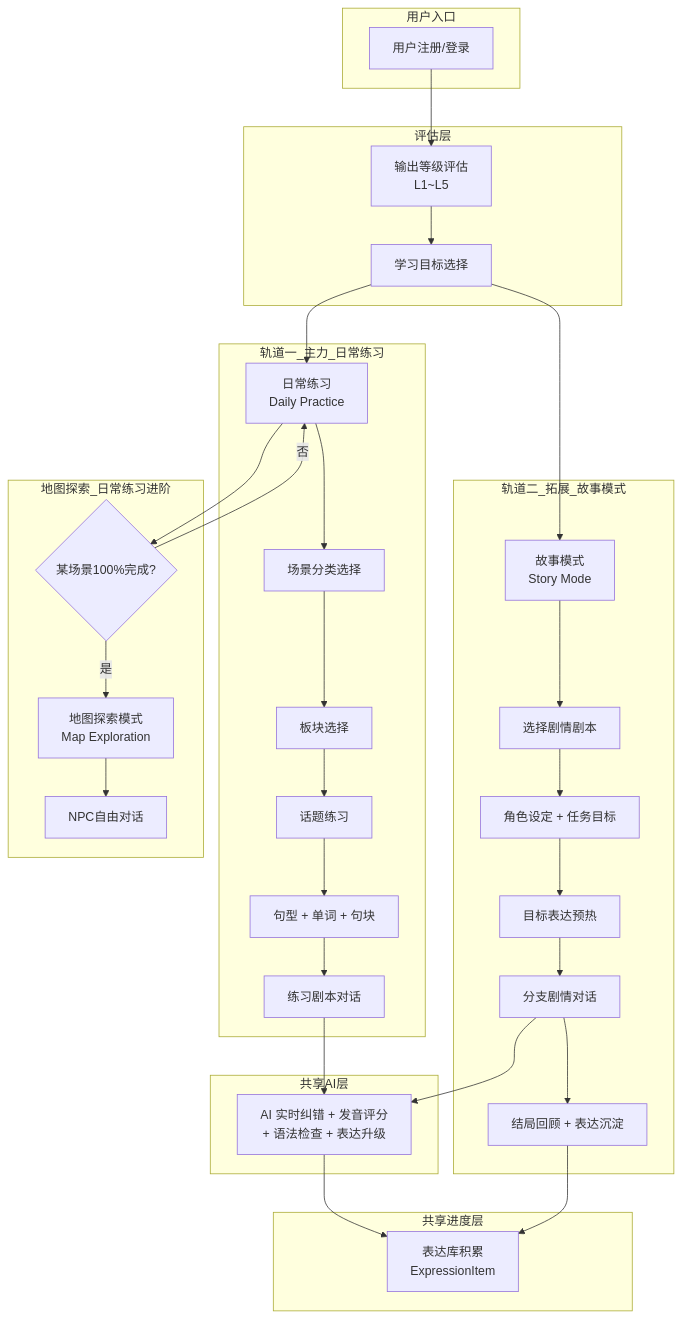
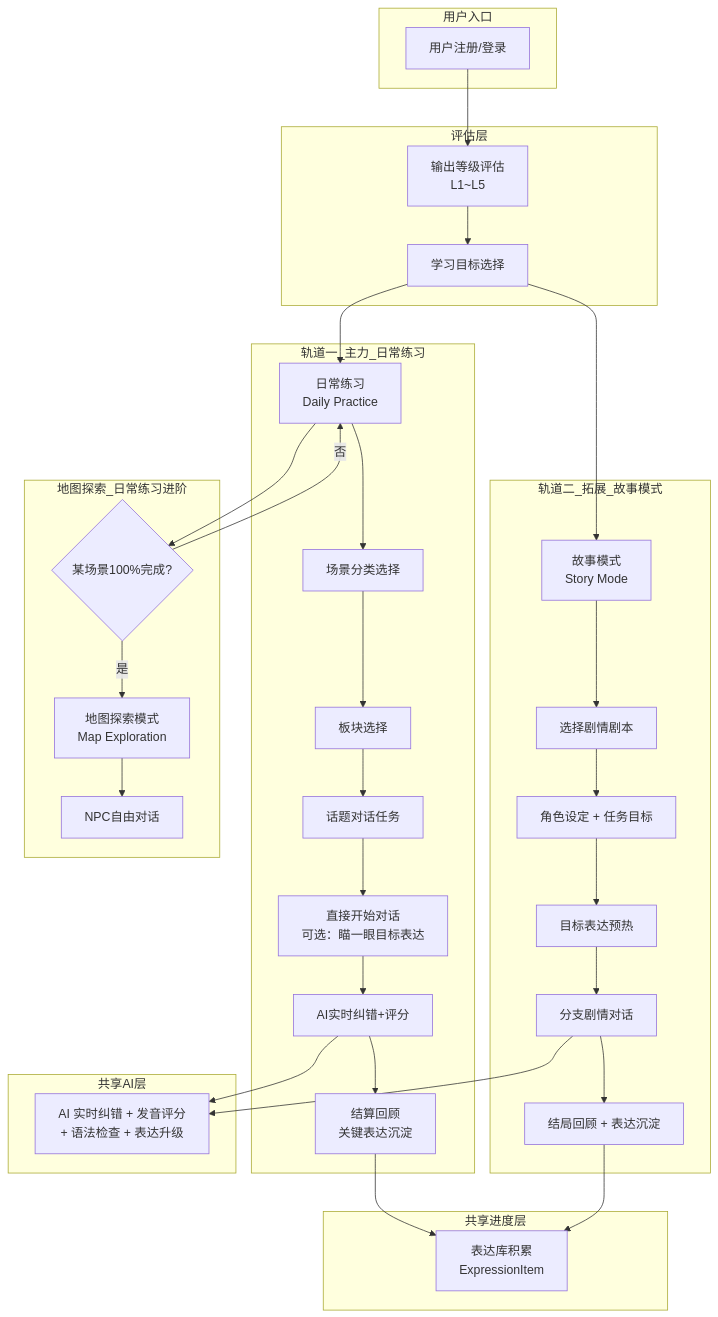
The first of 10 diagrams in docs/story/content-architecture-design.md (kirohuji/speakGuild), drawn with Mermaid before and after one commit. The commit also changed other lines of this file and 11 other files, not shown here.

````diff
--- a/docs/story/content-architecture-design.md
+++ b/docs/story/content-architecture-design.md
@@ -26,54 +26,56 @@
 ```mermaid
 flowchart TB
     subgraph 用户入口
         A[用户注册/登录]
     end
 
     subgraph 评估层
         B[输出等级评估<br/>L1~L5]
         C[学习目标选择]
     end
 
     subgraph 轨道一_主力_日常练习
         D[日常练习<br/>Daily Practice]
         D1[场景分类选择]
         D2[板块选择]
-        D3[话题练习]
-        D4[句型 + 单词 + 句块]
-        D5[练习剧本对话]
+        D3[话题对话任务]
+        D4[直接开始对话<br/>可选：瞄一眼目标表达]
+        D5[AI实时纠错+评分]
+        D6[结算回顾<br/>关键表达沉淀]
     end
 
     subgraph 轨道二_拓展_故事模式
         S[故事模式<br/>Story Mode]
         S1[选择剧情剧本]
         S2[角色设定 + 任务目标]
         S3[目标表达预热]
         S4[分支剧情对话]
         S5[结局回顾 + 表达沉淀]
     end
 
     subgraph 共享AI层
         E[AI 实时纠错 + 发音评分<br/>+ 语法检查 + 表达升级]
     end
 
     subgraph 共享进度层
         L[表达库积累<br/>ExpressionItem]
     end
 
     subgraph 地图探索_日常练习进阶
         M{某场景100%完成?}
         N[地图探索模式<br/>Map Exploration]
         P[NPC自由对话]
     end
 
     A --> B --> C
     C --> D & S
-    D --> D1 --> D2 --> D3 --> D4 --> D5
-    D5 --> E --> L
+    D --> D1 --> D2 --> D3 --> D4 --> D5 --> D6
+    D5 --> E
+    D6 --> L
     S --> S1 --> S2 --> S3 --> S4 --> S5
     S4 --> E
     S5 --> L
     D --> M
     M -->|是| N --> P
     M -->|否| D
 ```
````
